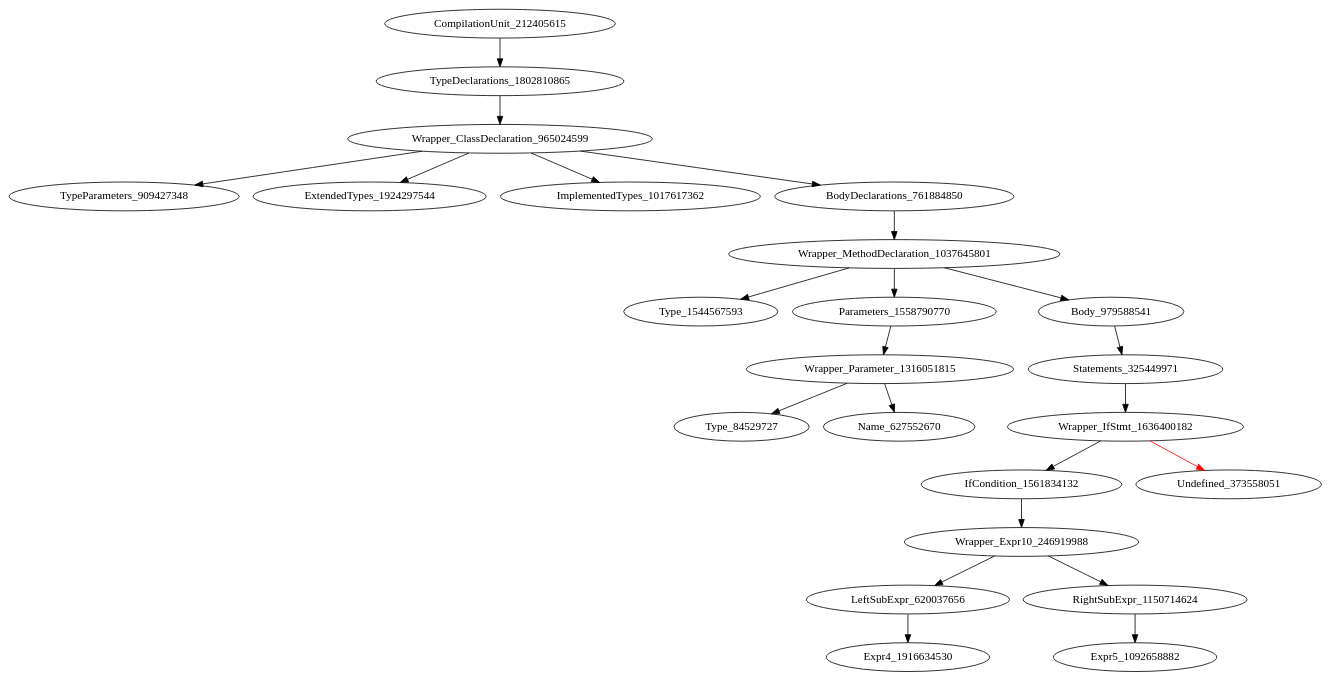
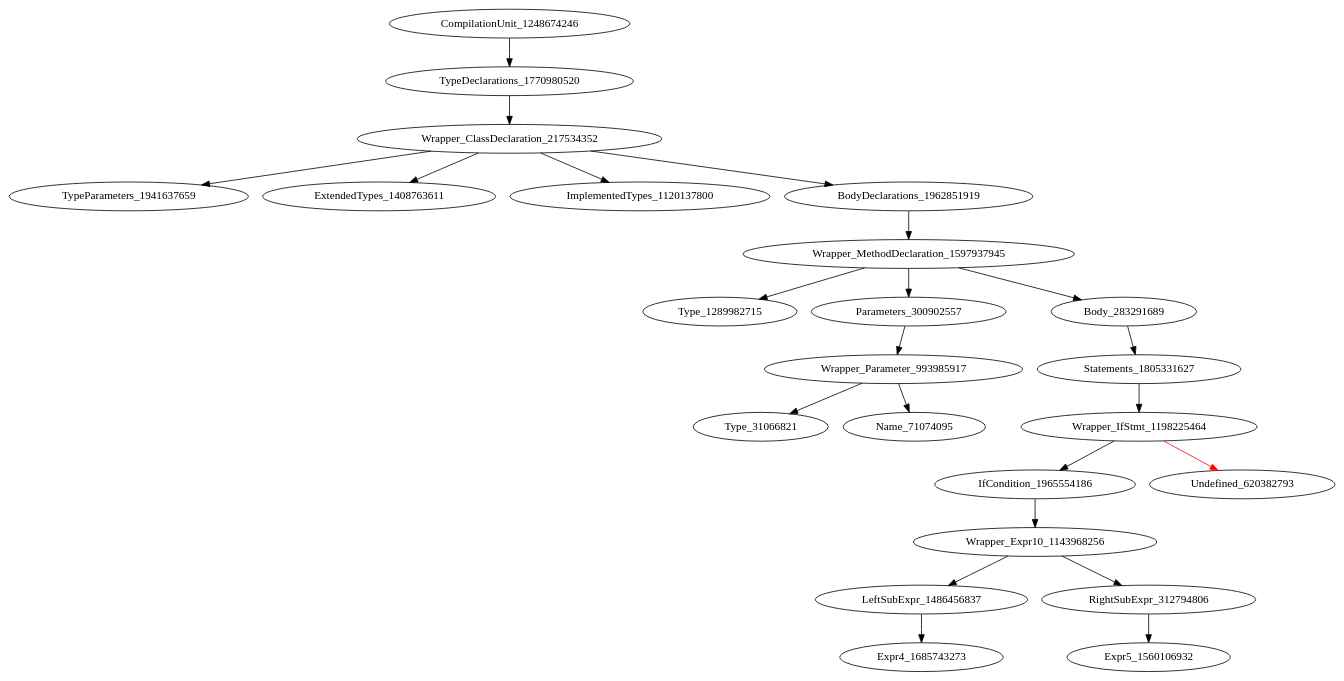
The diagram in holeAST.dot (icse2023material/VoiceJava), drawn with Graphviz before and after one commit. The commit also changed 9 other files, not shown here.

```diff
--- a/holeAST.dot
+++ b/holeAST.dot
@@ -1,24 +1,24 @@
 digraph {
-CompilationUnit_212405615 -> TypeDeclarations_1802810865
-TypeDeclarations_1802810865 -> Wrapper_ClassDeclaration_965024599
-Wrapper_ClassDeclaration_965024599 -> TypeParameters_909427348
-Wrapper_ClassDeclaration_965024599 -> ExtendedTypes_1924297544
-Wrapper_ClassDeclaration_965024599 -> ImplementedTypes_1017617362
-Wrapper_ClassDeclaration_965024599 -> BodyDeclarations_761884850
-BodyDeclarations_761884850 -> Wrapper_MethodDeclaration_1037645801
-Wrapper_MethodDeclaration_1037645801 -> Type_1544567593
-Wrapper_MethodDeclaration_1037645801 -> Parameters_1558790770
-Wrapper_MethodDeclaration_1037645801 -> Body_979588541
-Parameters_1558790770 -> Wrapper_Parameter_1316051815
-Body_979588541 -> Statements_325449971
-Wrapper_Parameter_1316051815 -> Type_84529727
-Wrapper_Parameter_1316051815 -> Name_627552670
-Statements_325449971 -> Wrapper_IfStmt_1636400182
-Wrapper_IfStmt_1636400182 -> IfCondition_1561834132
-Wrapper_IfStmt_1636400182 -> Undefined_373558051 [color = red] 
-IfCondition_1561834132 -> Wrapper_Expr10_246919988
-Wrapper_Expr10_246919988 -> LeftSubExpr_620037656
-Wrapper_Expr10_246919988 -> RightSubExpr_1150714624
-LeftSubExpr_620037656 -> Expr4_1916634530
-RightSubExpr_1150714624 -> Expr5_1092658882
+CompilationUnit_1248674246 -> TypeDeclarations_1770980520
+TypeDeclarations_1770980520 -> Wrapper_ClassDeclaration_217534352
+Wrapper_ClassDeclaration_217534352 -> TypeParameters_1941637659
+Wrapper_ClassDeclaration_217534352 -> ExtendedTypes_1408763611
+Wrapper_ClassDeclaration_217534352 -> ImplementedTypes_1120137800
+Wrapper_ClassDeclaration_217534352 -> BodyDeclarations_1962851919
+BodyDeclarations_1962851919 -> Wrapper_MethodDeclaration_1597937945
+Wrapper_MethodDeclaration_1597937945 -> Type_1289982715
+Wrapper_MethodDeclaration_1597937945 -> Parameters_300902557
+Wrapper_MethodDeclaration_1597937945 -> Body_283291689
+Parameters_300902557 -> Wrapper_Parameter_993985917
+Body_283291689 -> Statements_1805331627
+Wrapper_Parameter_993985917 -> Type_31066821
+Wrapper_Parameter_993985917 -> Name_71074095
+Statements_1805331627 -> Wrapper_IfStmt_1198225464
+Wrapper_IfStmt_1198225464 -> IfCondition_1965554186
+Wrapper_IfStmt_1198225464 -> Undefined_620382793 [color = red] 
+IfCondition_1965554186 -> Wrapper_Expr10_1143968256
+Wrapper_Expr10_1143968256 -> LeftSubExpr_1486456837
+Wrapper_Expr10_1143968256 -> RightSubExpr_312794806
+LeftSubExpr_1486456837 -> Expr4_1685743273
+RightSubExpr_312794806 -> Expr5_1560106932
 }
```
